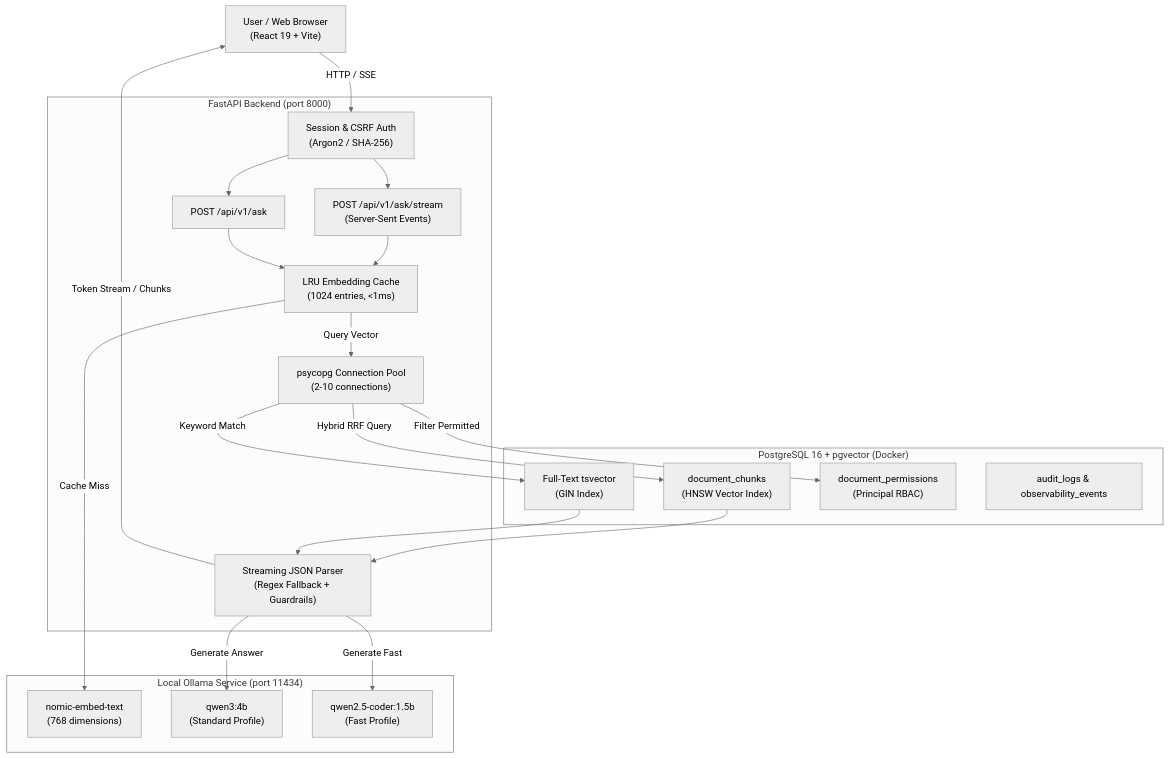
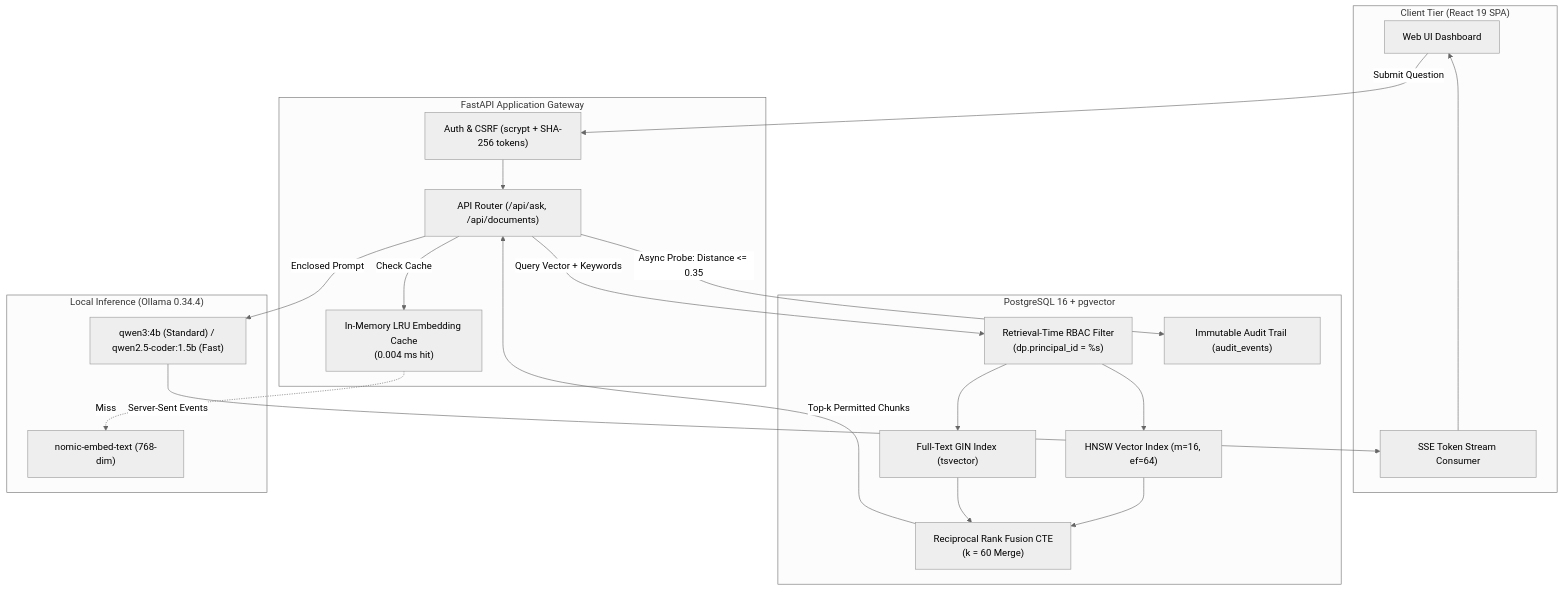
Before and after one commit to satyamkumar68/Enterprise-Knowledge-Compliance-Copilot: the diagram in README.md, drawn with Mermaid (neutral theme). The commit also changed other lines of this file and 4 other files, not shown here.

Commit message:
docs: complete recruiter-grade README overhaul, ADRs, architecture specs, and demo script

````diff
--- a/README.md
+++ b/README.md
@@ -72,40 +63,41 @@
 ```mermaid
-graph TD
-    User["User / Web Browser<br/>(React 19 + Vite)"]
-    
-    subgraph FastAPI_Backend ["FastAPI Backend (port 8000)"]
-        Auth["Session & CSRF Auth<br/>(Argon2 / SHA-256)"]
-        StreamAPI["POST /api/v1/ask/stream<br/>(Server-Sent Events)"]
-        SyncAPI["POST /api/v1/ask"]
-        Cache["LRU Embedding Cache<br/>(1024 entries, <1ms)"]
-        Pool["psycopg Connection Pool<br/>(2-10 connections)"]
-        Parser["Streaming JSON Parser<br/>(Regex Fallback + Guardrails)"]
+flowchart TD
+    subgraph Client["Client Tier (React 19 SPA)"]
+        UI["Web UI Dashboard"]
+        SSE["SSE Token Stream Consumer"]
     end
-    
-    subgraph Data_Storage ["PostgreSQL 16 + pgvector (Docker)"]
-        Chunks["document_chunks<br/>(HNSW Vector Index)"]
-        TSV["Full-Text tsvector<br/>(GIN Index)"]
-        Perms["document_permissions<br/>(Principal RBAC)"]
-        Audit["audit_logs & observability_events"]
+
+    subgraph Gateway["FastAPI Application Gateway"]
+        AUTH["Auth & CSRF (scrypt + SHA-256 tokens)"]
+        ROUTER["API Router (/api/ask, /api/documents)"]
+        CACHE["In-Memory LRU Embedding Cache\n(0.004 ms hit)"]
     end
-    
-    subgraph Local_Inference ["Local Ollama Service (port 11434)"]
-        Embedder["nomic-embed-text<br/>(768 dimensions)"]
-        StdGen["qwen3:4b<br/>(Standard Profile)"]
-        FastGen["qwen2.5-coder:1.5b<br/>(Fast Profile)"]
+
+    subgraph Database["PostgreSQL 16 + pgvector"]
+        HNSW["HNSW Vector Index (m=16, ef=64)"]
+        GIN["Full-Text GIN Index (tsvector)"]
+        RBAC["Retrieval-Time RBAC Filter\n(dp.principal_id = %s)"]
+        RRF["Reciprocal Rank Fusion CTE\n(k = 60 Merge)"]
+        AUDIT["Immutable Audit Trail (audit_events)"]
     end
-    
-    User -->|HTTP / SSE| Auth
-    Auth --> StreamAPI
-    Auth --> SyncAPI
-    StreamAPI & SyncAPI --> Cache
-    Cache -->|Cache Miss| Embedder
-    Cache -->|Query Vector| Pool
-    Pool -->|Hybrid RRF Query| Chunks
-    Pool -->|Keyword Match| TSV
-    Pool -->|Filter Permitted| Perms
-    Chunks & TSV --> Parser
-    Parser -->|Generate Answer| StdGen
-    Parser -->|Generate Fast| FastGen
-    Parser -->|Token Stream / Chunks| User
+
+    subgraph LLM["Local Inference (Ollama 0.34.4)"]
+        EMBED["nomic-embed-text (768-dim)"]
+        GEN["qwen3:4b (Standard) / qwen2.5-coder:1.5b (Fast)"]
+    end
+
+    UI -->|Submit Question| AUTH
+    AUTH --> ROUTER
+    ROUTER -->|Check Cache| CACHE
+    CACHE -.->|Miss| EMBED
+    ROUTER -->|Query Vector + Keywords| RBAC
+    RBAC --> HNSW
+    RBAC --> GIN
+    HNSW --> RRF
+    GIN --> RRF
+    RRF -->|Top-k Permitted Chunks| ROUTER
+    ROUTER -->|Async Probe: Distance <= 0.35| AUDIT
+    ROUTER -->|Enclosed <context> Prompt| GEN
+    GEN -->|Server-Sent Events| SSE
+    SSE --> UI
 ```
````
